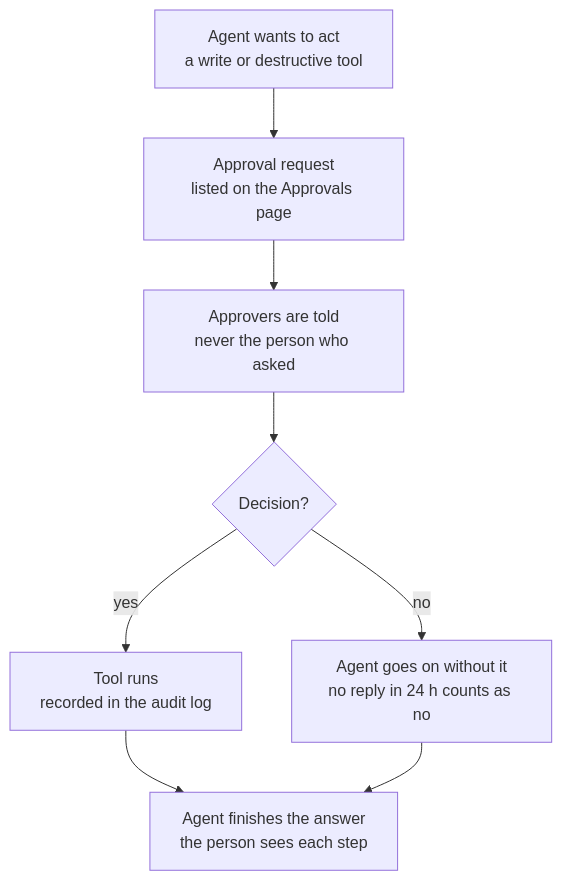
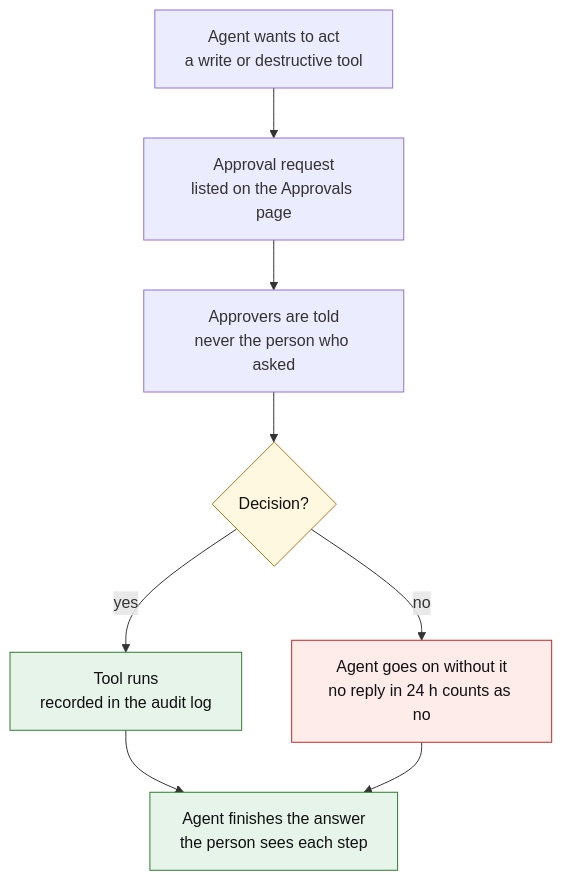
Before and after one commit to shturag/veyntora: the third of 9 diagrams in docs/user-flows.md, drawn with Mermaid. The commit also changed other lines of this file, not shown here.

First line of the commit message:
Docs: flows page reworked for reading on GitHub

````diff
--- a/docs/user-flows.md
+++ b/docs/user-flows.md
@@ -52,10 +124,16 @@
 ```mermaid
 flowchart TD
     wants["Agent wants to act<br/>a write or destructive tool"] --> request["Approval request<br/>listed on the Approvals page"]
     request --> approvers["Approvers are told<br/>never the person who asked"]
     approvers --> decision{"Decision?"}
     decision -- yes --> runs["Tool runs<br/>recorded in the audit log"]
     decision -- no --> without["Agent goes on without it<br/>no reply in 24 h counts as no"]
     runs --> finish["Agent finishes the answer<br/>the person sees each step"]
     without --> finish
+    classDef good fill:#e6f4ea,stroke:#2e7d32,color:#111
+    classDef stop fill:#fdecea,stroke:#c62828,color:#111
+    classDef decision fill:#fff8e1,stroke:#b7791f,color:#111
+    class runs,finish good
+    class without stop
+    class decision decision
 ```
````
